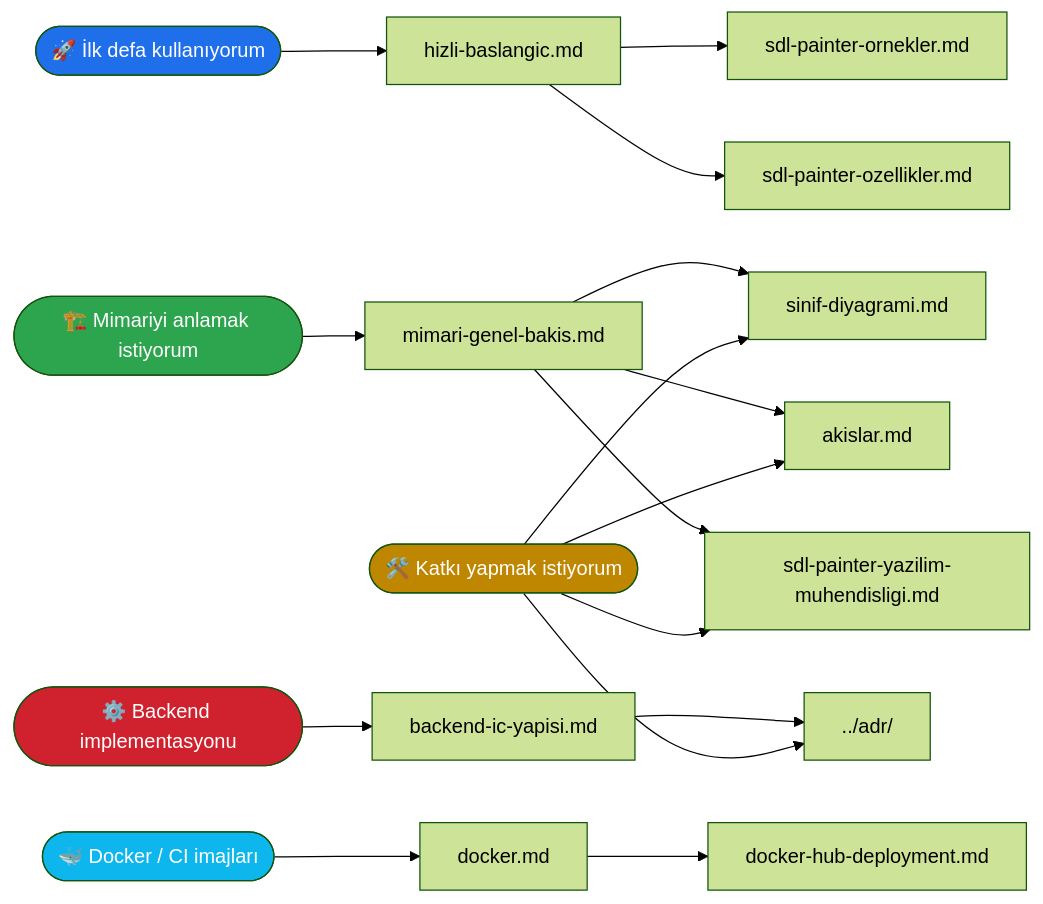
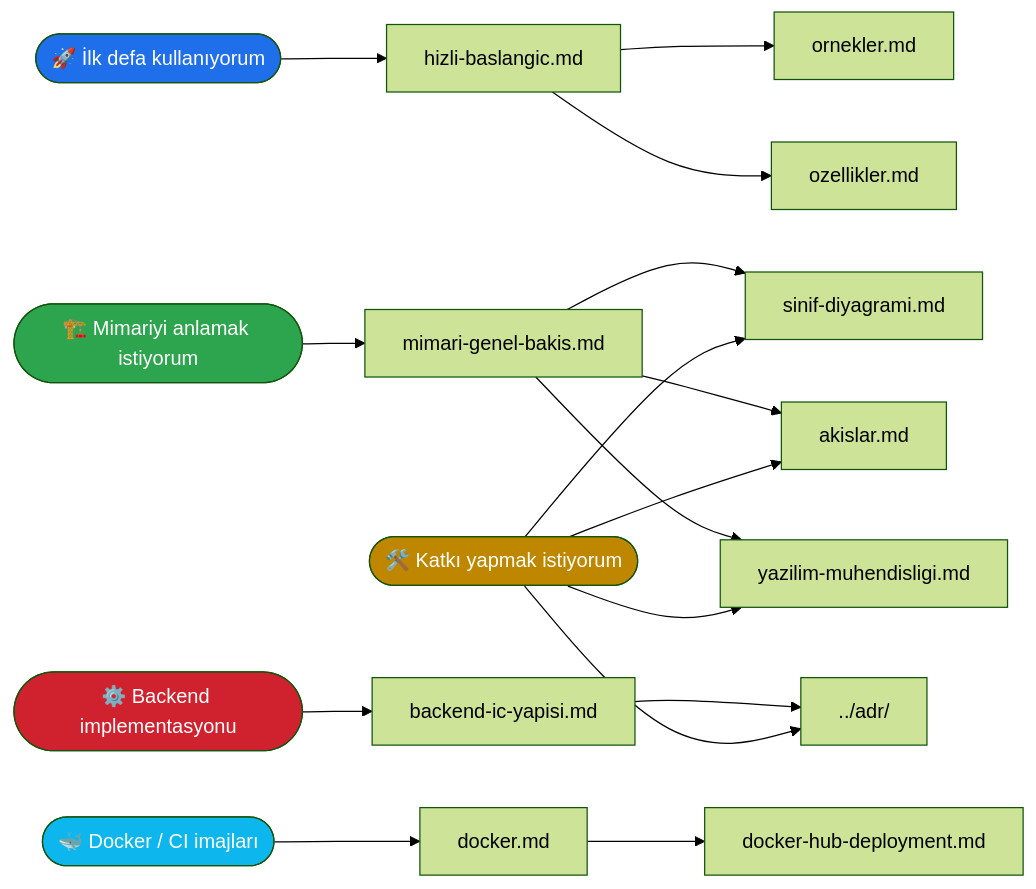
Before and after one commit to yazilimperver/sdl-painter: the diagram in doc/README.md, drawn with Mermaid (forest theme). The commit also changed other lines of this file and 37 other files, not shown here.

Commit message:
docs: doc altındaki Türkçe belgelerin İngilizce karşılıkları doc/en altına eklendi, İngilizce belgeler ve dile özgü görseller ayrı dizinlere taşındı, sdl-painter ön ekleri kaldırıldı.

````diff
--- a/doc/README.md
+++ b/doc/README.md
@@ -10,28 +12,28 @@
 ```mermaid
 flowchart LR
     Start(["🚀 İlk defa kullanıyorum"]) --> Quick["hizli-baslangic.md"]
-    Quick --> Examples["sdl-painter-ornekler.md"]
-    Quick --> Features["sdl-painter-ozellikler.md"]
+    Quick --> Examples["ornekler.md"]
+    Quick --> Features["ozellikler.md"]
 
     Arch(["🏗️ Mimariyi anlamak istiyorum"]) --> Overview["mimari-genel-bakis.md"]
     Overview --> Class["sinif-diyagrami.md"]
     Overview --> Flow["akislar.md"]
-    Overview --> SE["sdl-painter-yazilim-muhendisligi.md"]
+    Overview --> SE["yazilim-muhendisligi.md"]
 
     Backend(["⚙️ Backend implementasyonu"]) --> BImpl["backend-ic-yapisi.md"]
     BImpl --> ADR["../adr/"]
 
     Docker(["🐳 Docker / CI imajları"]) --> Doc["docker.md"]
     Doc --> Dep["docker-hub-deployment.md"]
 
     Contrib(["🛠️ Katkı yapmak istiyorum"]) --> Class
     Contrib --> Flow
     Contrib --> SE
     Contrib --> ADR
 
     style Start fill:#1f6feb,color:#fff
     style Arch fill:#2da44e,color:#fff
     style Backend fill:#cf222e,color:#fff
     style Docker fill:#0db7ed,color:#fff
     style Contrib fill:#bf8700,color:#fff
 ```
````
